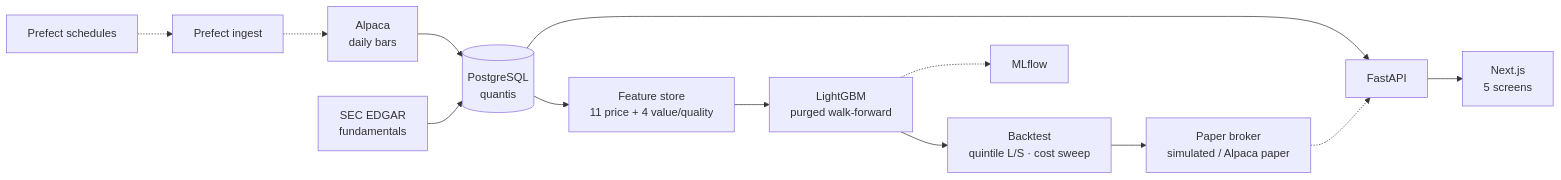
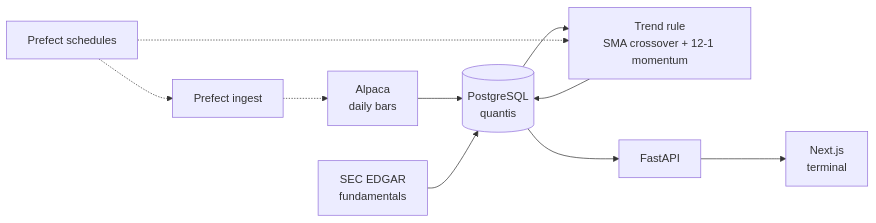
The diagram in README.md (nishantnayar/trading-public), drawn with Mermaid before and after one commit. The commit also changed other lines of this file and 2 other files, not shown here.

````diff
--- a/README.md
+++ b/README.md
@@ -71,15 +67,12 @@
 ```mermaid
 flowchart LR
     A[Alpaca<br/>daily bars] --> B[(PostgreSQL<br/>quantis)]
     F[SEC EDGAR<br/>fundamentals] --> B
-    B --> C[Feature store<br/>11 price + 4 value/quality]
-    C --> D[LightGBM<br/>purged walk-forward]
-    D --> BT[Backtest<br/>quintile L/S · cost sweep]
-    D -.-> M[MLflow]
-    BT --> PB[Paper broker<br/>simulated / Alpaca paper]
+    B --> SIG[Trend rule<br/>SMA crossover + 12-1 momentum]
+    SIG --> B
     P[Prefect ingest] -.-> A
-    Svc[Prefect schedules] -.-> P
+    Sc[Prefect schedules] -.-> P
+    Sc -.-> SIG
     B --> API[FastAPI]
-    API --> S[Next.js<br/>5 screens]
-    PB -.-> API
+    API --> S[Next.js<br/>terminal]
 ```
````
